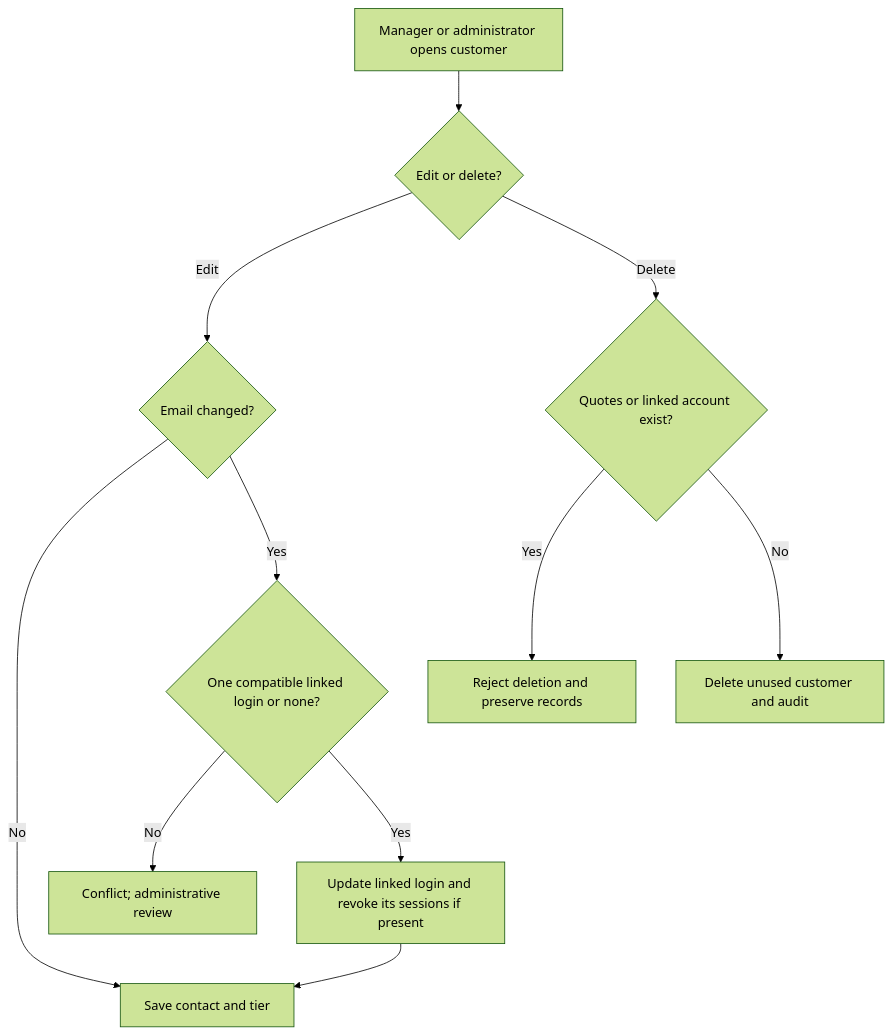
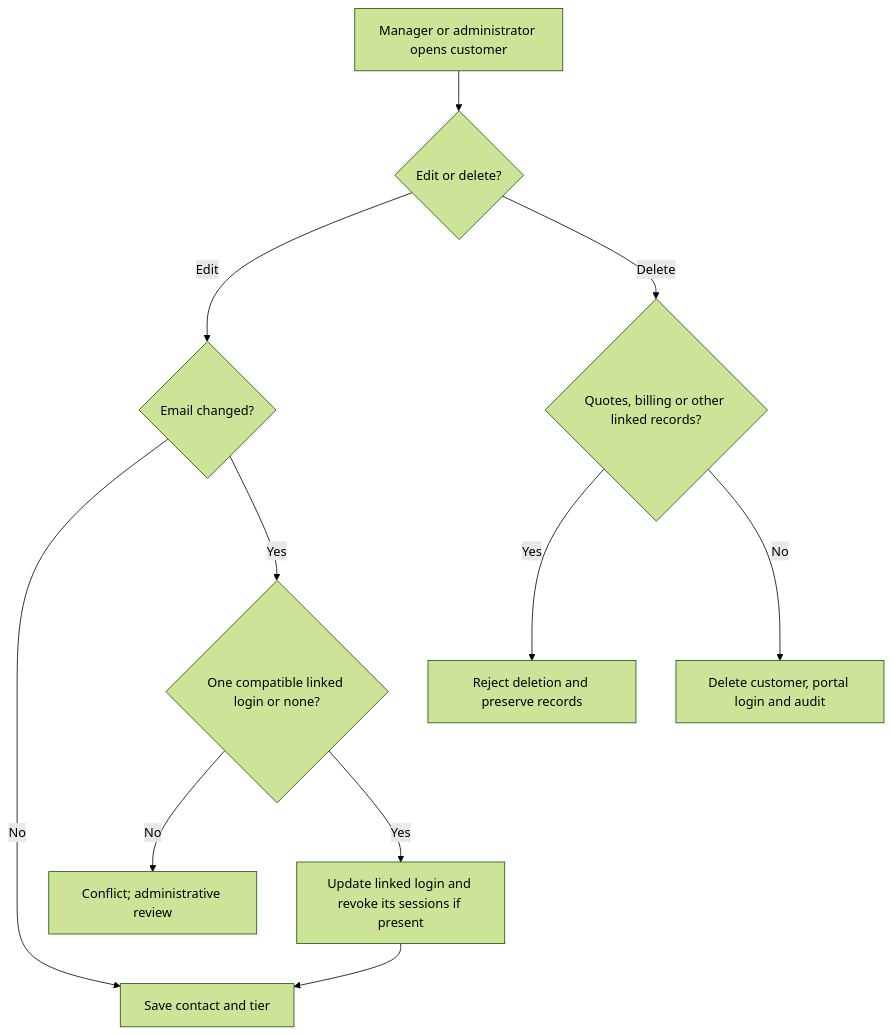
The fourth of 6 diagrams in docs/flows/identity-and-administration.md (Chaudhari0707/deal-flow-360), drawn with Mermaid (forest theme) before and after one commit. The commit also changed other lines of this file and 21 other files, not shown here.

````diff
--- a/docs/flows/identity-and-administration.md
+++ b/docs/flows/identity-and-administration.md
@@ -194,15 +195,15 @@
 ```mermaid
 flowchart TD
   accTitle: Customer lifecycle preserves linked business history
-  accDescr: Managers or administrators can update contacts with guarded login email synchronization, while deletion is permitted only for unused customers without quotes or linked accounts.
+  accDescr: Managers or administrators can update contacts with guarded login email synchronization, while deletion is permitted only for unused customers without commercial history.
   A[Manager or administrator opens customer] --> B{Edit or delete?}
   B -->|Edit| C{Email changed?}
   C -->|No| D[Save contact and tier]
   C -->|Yes| E{One compatible linked login or none?}
   E -->|No| F[Conflict; administrative review]
   E -->|Yes| G[Update linked login and revoke its sessions if present]
   G --> D
-  B -->|Delete| H{Quotes or linked account exist?}
+  B -->|Delete| H{Quotes, billing or other linked records?}
   H -->|Yes| I[Reject deletion and preserve records]
-  H -->|No| J[Delete unused customer and audit]
+  H -->|No| J[Delete customer, portal login and audit]
 ```
````
